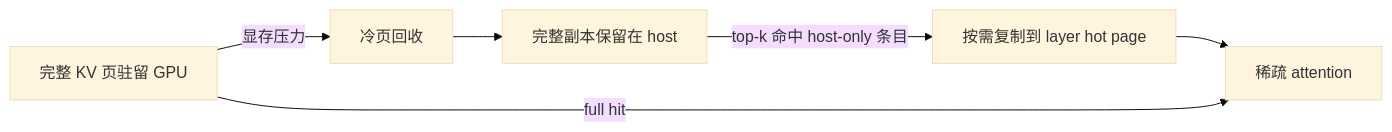
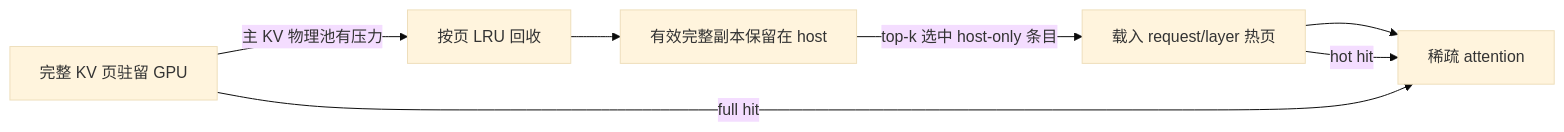
Before and after one commit to hey-kong/kvduo: the diagram in docs/docs/advanced_features/kvduo_design.mdx, drawn with Mermaid (base theme). The commit also changed other lines of this file, not shown here.

````diff
--- a/docs/docs/advanced_features/kvduo_design.mdx
+++ b/docs/docs/advanced_features/kvduo_design.mdx
@@ -19,8 +21,9 @@
 ```mermaid
 flowchart LR
-    A[完整 KV 页驻留 GPU] -->|显存压力| B[冷页回收]
-    B --> C[完整副本保留在 host]
-    C -->|top-k 命中 host-only 条目| D[按需复制到 layer hot page]
+    A[完整 KV 页驻留 GPU] -->|主 KV 物理池有压力| B[按页 LRU 回收]
+    B --> C[有效完整副本保留在 host]
+    C -->|top-k 选中 host-only 条目| D[载入 request/layer 热页]
     D --> E[稀疏 attention]
     A -->|full hit| E
+    D -->|hot hit| E
 ```
````
